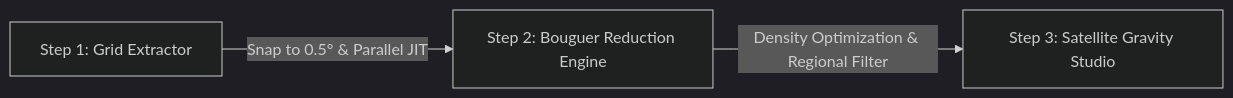
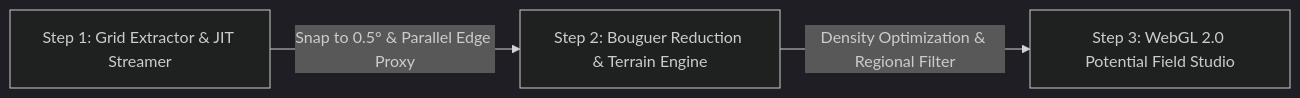
Before and after one commit to luthfiyufajjiru/topex-interactive: the diagram in README.md, drawn with Mermaid (dark theme). The commit also changed other lines of this file, not shown here.

Commit message:
docs(readme): update workflow, WebGL 2.0 shaders, and 2D geophysics suite documentation

````diff
--- a/README.md
+++ b/README.md
@@ -19,5 +19,5 @@
 ```mermaid
 graph LR
-    Step1[Step 1: Grid Extractor] -->|Snap to 0.5° & Parallel JIT| Step2[Step 2: Bouguer Reduction Engine]
-    Step2 -->|Density Optimization & Regional Filter| Step3[Step 3: Satellite Gravity Studio]
+    Step1[Step 1: Grid Extractor & JIT Streamer] -->|Snap to 0.5° & Parallel Edge Proxy| Step2[Step 2: Bouguer Reduction & Terrain Engine]
+    Step2 -->|Density Optimization & Regional Filter| Step3[Step 3: WebGL 2.0 Potential Field Studio]
 ```
````
